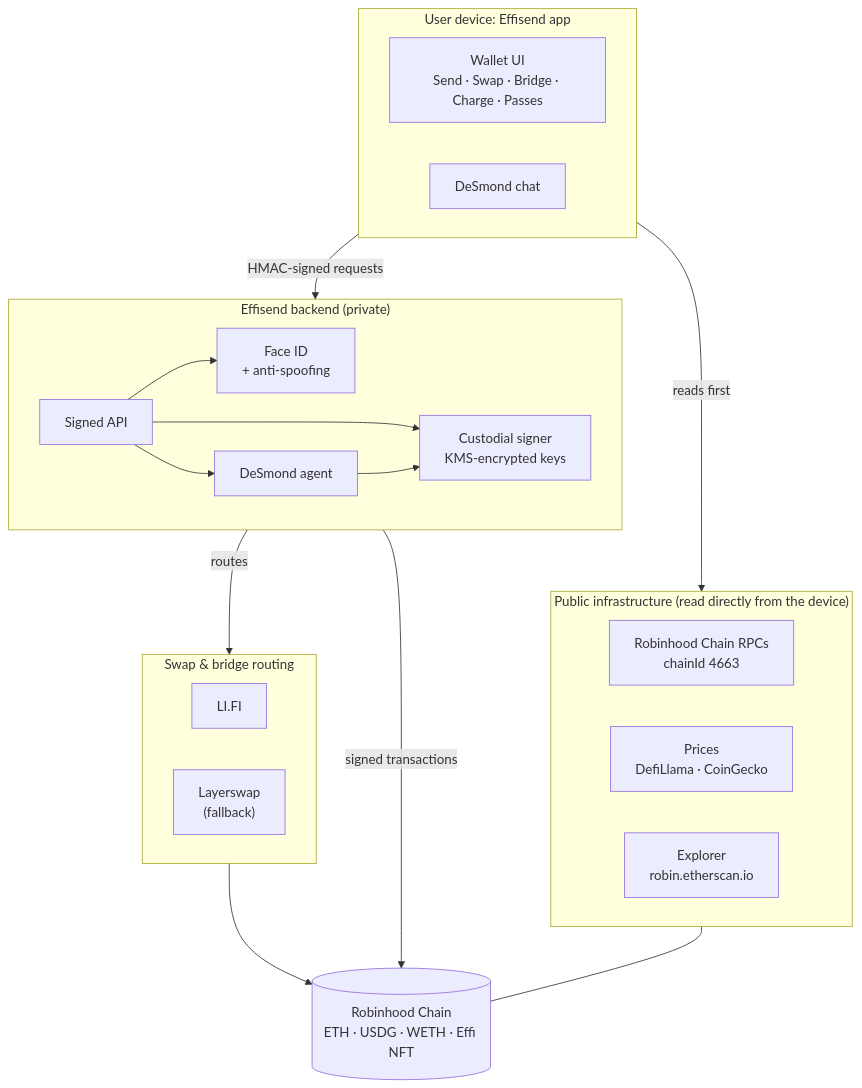
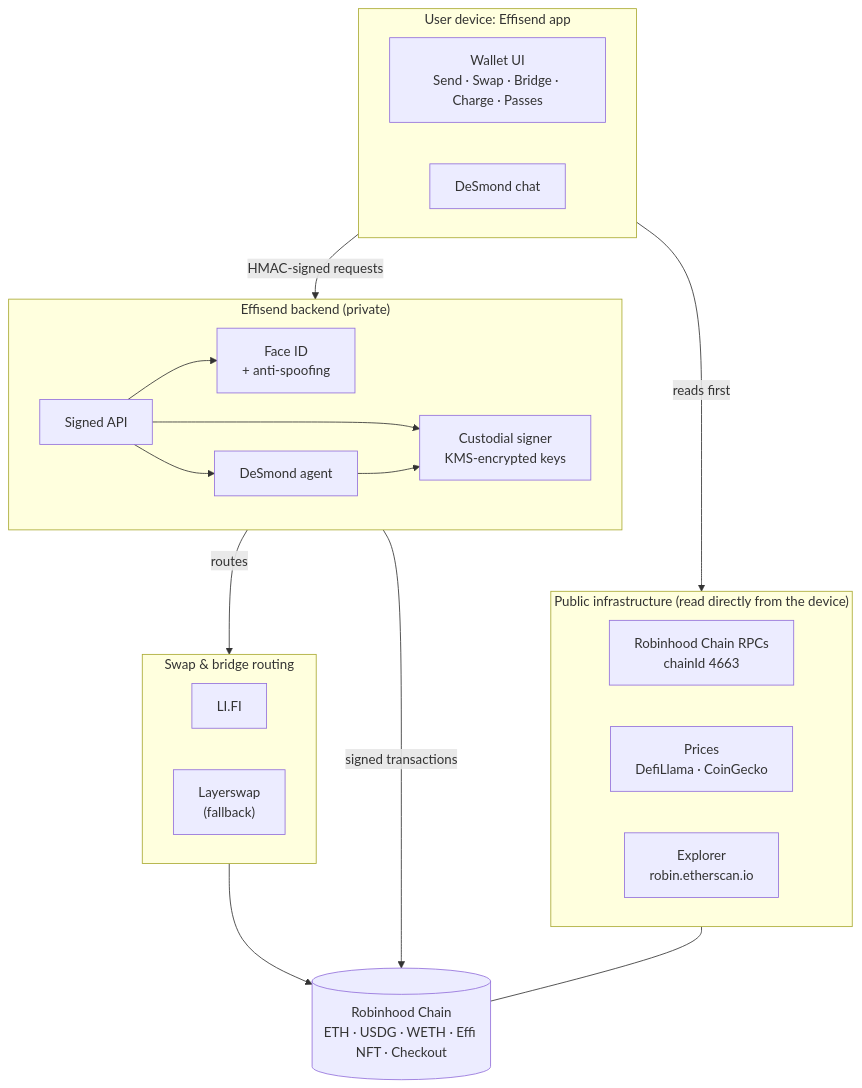
The seventh of 7 diagrams in README.md (altaga/Effisend-RH), drawn with Mermaid before and after one commit. The commit also changed other lines of this file and 11 other files, not shown here.

First line of the commit message:
Robinhood Order: the Checkout contract, its logic, why it matters, and the on-chain proof

````diff
--- a/README.md
+++ b/README.md
@@ -330,42 +417,42 @@
 ```mermaid
 flowchart TB
   subgraph Device["User device: Effisend app"]
     direction LR
     UI["Wallet UI<br/>Send · Swap · Bridge · Charge · Passes"]
     AG["DeSmond chat"]
   end
 
   subgraph Public["Public infrastructure (read directly from the device)"]
     direction LR
     RPC["Robinhood Chain RPCs<br/>chainId 4663"]
     PX["Prices<br/>DefiLlama · CoinGecko"]
     EXP["Explorer<br/>robin.etherscan.io"]
   end
 
   subgraph Backend["Effisend backend (private)"]
     direction LR
     API["Signed API"]
     FACE["Face ID<br/>+ anti-spoofing"]
     DES["DeSmond agent"]
     CUS["Custodial signer<br/>KMS-encrypted keys"]
   end
 
   subgraph Routing["Swap & bridge routing"]
     direction LR
     LIFI["LI.FI"]
     LS["Layerswap<br/>(fallback)"]
   end
 
-  RH[("Robinhood Chain<br/>ETH · USDG · WETH · Effi NFT")]
+  RH[("Robinhood Chain<br/>ETH · USDG · WETH · Effi NFT · Checkout")]
 
   Device -- "reads first" --> Public
   Device -- "HMAC-signed requests" --> API
   API --> FACE
   API --> DES
   API --> CUS
   DES --> CUS
   CUS -- "signed transactions" --> RH
   CUS -- "routes" --> Routing
   Routing --> RH
   RPC --- RH
 ```
````
